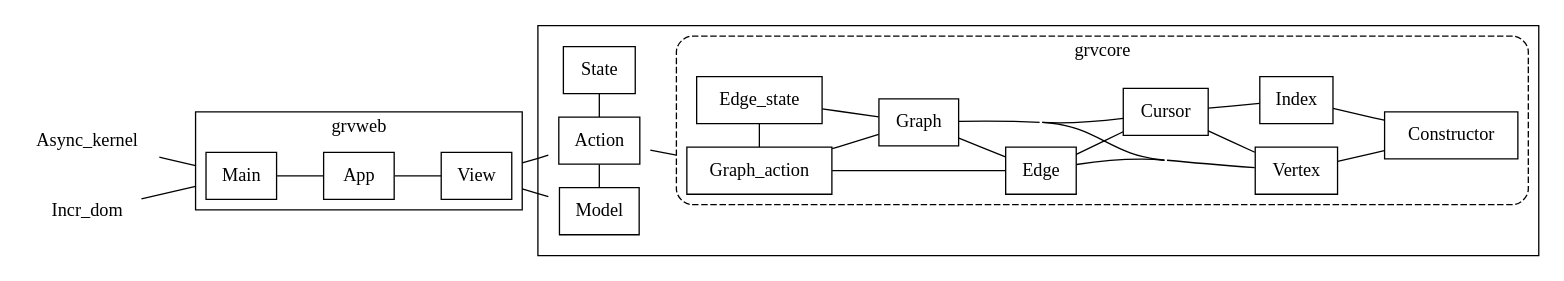
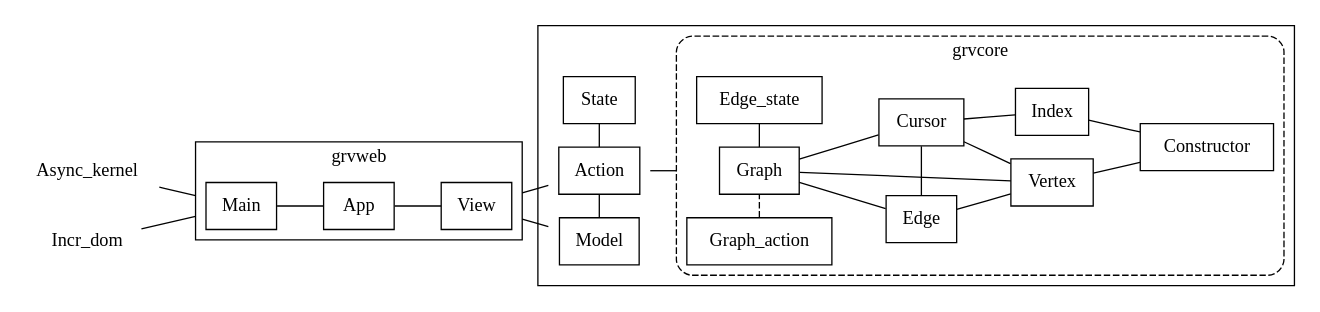
Before and after one commit to hazelgrove/GRV: the diagram in src/grvdoc/overview.dot, drawn with Graphviz. The commit also changed 1 other file, not shown here.

Commit message:
update grvdoc diagrams

```diff
--- a/src/grvdoc/overview.dot
+++ b/src/grvdoc/overview.dot
@@ -1,56 +1,58 @@
 graph G {
   rankdir=LR
   compound=true
   splines=true
   concentrate=true
 
   node [shape=none]
 
   {rank=same; Async_kernel; Incr_dom}
 
   node [shape=box]
 
   Grap [label="Graph"]
   Edg [label="Edge"]
   Verte [label="Vertex"]
 
   subgraph cluster_web {
     label="grvweb"
     App; Main; View
   }
 
   subgraph cluster_whole_core {
 
   subgraph cluster_mid {
     style="invis"
     {rank=min; Action; Model; State}
-    Action -- {Model; State}
+    Action -- State
   }
 
   subgraph cluster_core {
     label="grvcore"
     style="dashed,rounded"
-    {rank=min; Graph_action; Edge_state}
+    {rank=min; Grap; Edge_state; Graph_action}
+    {rank=same; Edg; Cursor}
     {rank=same; Verte; Index}
-    Grap; Edg; Edge_state; Graph_action; Verte; Constructor; Cursor; Index
+    Grap; Edg; Edge_state; Verte; Constructor; Cursor; Index
   }
-  
+
   }
 
   {Async_kernel; Incr_dom} -- Main [lhead=cluster_web]
-  View -- {Action; Model} [ltail=cluster_web; lhead=cluster_mid]
-  Action -- Graph_action [ltail=cluster_mid; lhead=cluster_core]
+  View -- Action [ltail=cluster_web; lhead=cluster_mid]
+  Action -- Grap [ltail=cluster_mid; lhead=cluster_core]
+  Model -- {Action; View} [ltail=cluster_mid; lhead=cluster_web]
 
   Main -- App -- View
 
   Grap -- {Verte; Cursor; Edg; Edge_state}
 
   {Verte; Index} -- Constructor
 
   Cursor -- {Verte; Index}
 
   Edg -- {Verte; Cursor}
 
-  Graph_action -- {Edg; Edge_state; Grap}
+  Graph_action -- Grap [style=dashed]
 
 }
```
